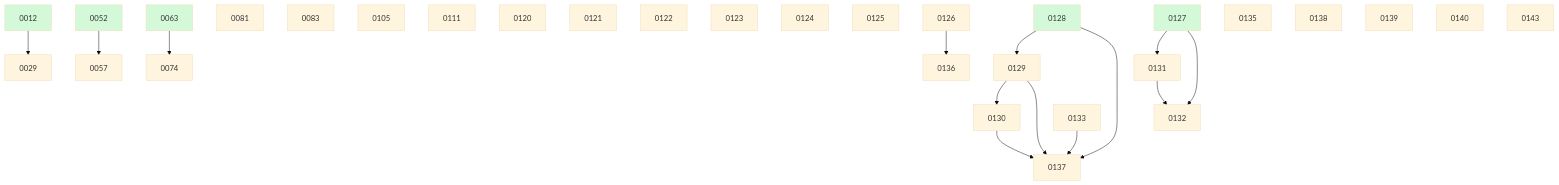
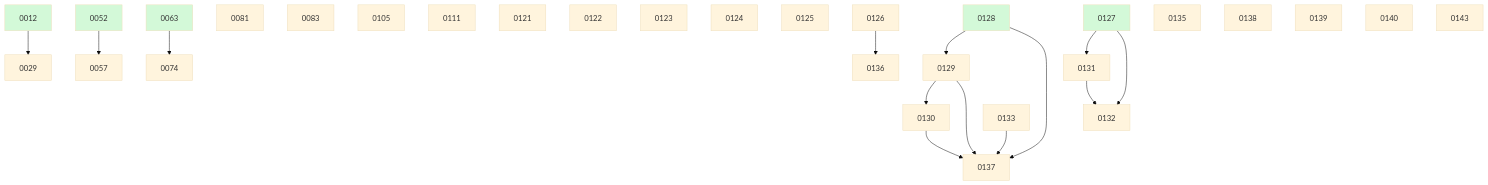
One commit to ethanhinson/fuse changed the diagram in docs/changes/BOARD.md. Above: the diagram before and after it, drawn with Mermaid (base theme). The commit also changed other lines of this file and 1 other file, not shown here.

````diff
--- a/docs/changes/BOARD.md
+++ b/docs/changes/BOARD.md
@@ -51,39 +50,38 @@
 ```mermaid
 graph TD
   0012 --> 0029
   0052 --> 0057
   0063 --> 0074
   0081
   0083
   0105
   0111
-  0120
   0121
   0122
   0123
   0124
   0125
   0126
   0128 --> 0129
   0129 --> 0130
   0127 --> 0131
   0127 --> 0132
   0131 --> 0132
   0133
   0135
   0126 --> 0136
   0128 --> 0137
   0129 --> 0137
   0130 --> 0137
   0133 --> 0137
   0138
   0139
   0140
   0143
   0012:::done
   0052:::done
   0063:::done
   0127:::done
   0128:::done
   classDef done fill:#d3f9d8;
 ```
````
